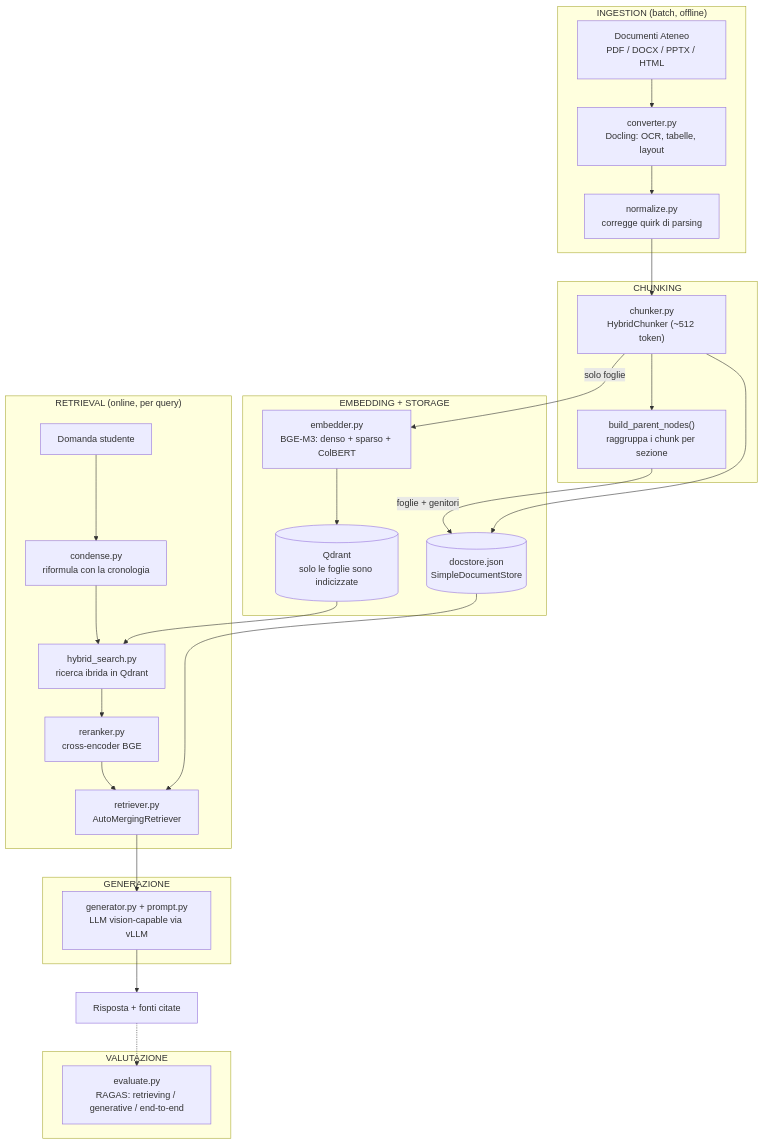
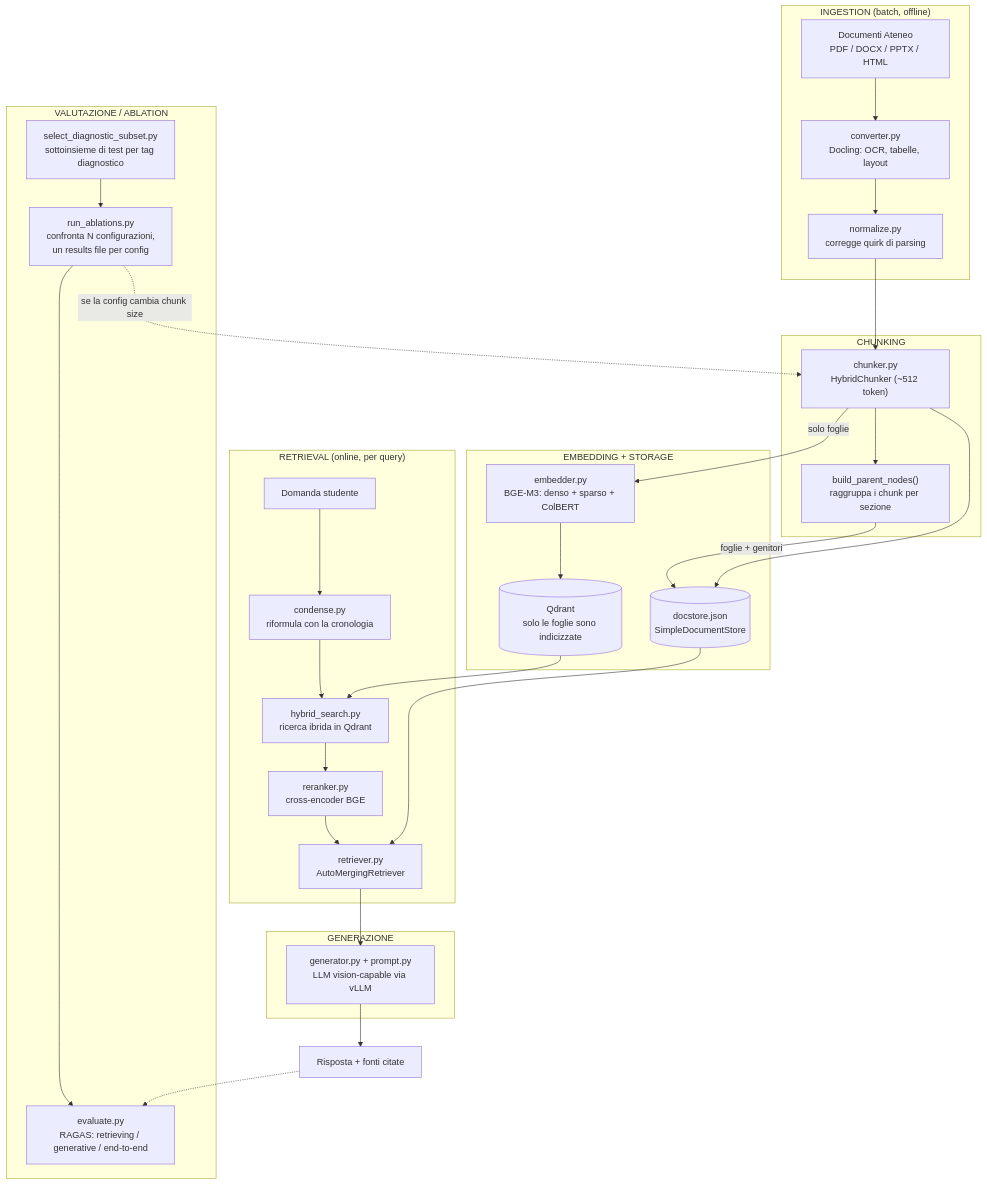
One commit to michelenardini99/rag_unibo changed the diagram in PIPELINE.md. Above: the diagram before and after it, drawn with Mermaid. The commit also changed other lines of this file and 9 other files, not shown here.

````diff
--- a/PIPELINE.md
+++ b/PIPELINE.md
@@ -11,47 +11,52 @@
 ```mermaid
 flowchart TD
     subgraph ING["INGESTION (batch, offline)"]
         A1["Documenti Ateneo\nPDF / DOCX / PPTX / HTML"]
         A2["converter.py\nDocling: OCR, tabelle, layout"]
         A3["normalize.py\ncorregge quirk di parsing"]
         A1 --> A2 --> A3
     end
 
     subgraph CHK["CHUNKING"]
         B1["chunker.py\nHybridChunker (~512 token)"]
         B2["build_parent_nodes()\nraggruppa i chunk per sezione"]
         A3 --> B1 --> B2
     end
 
     subgraph EMB["EMBEDDING + STORAGE"]
         C1["embedder.py\nBGE-M3: denso + sparso + ColBERT"]
         C2[("Qdrant\nsolo le foglie sono indicizzate")]
         B1 -->|solo foglie| C1 --> C2
         B2 -->|foglie + genitori| C3[("docstore.json\nSimpleDocumentStore")]
         B1 --> C3
     end
 
     subgraph RET["RETRIEVAL (online, per query)"]
         D0["Domanda studente"]
         D1["condense.py\nriformula con la cronologia"]
         D2["hybrid_search.py\nricerca ibrida in Qdrant"]
         D3["reranker.py\ncross-encoder BGE"]
         D4["retriever.py\nAutoMergingRetriever"]
         D0 --> D1 --> D2
         C2 --> D2
         D2 --> D3 --> D4
         C3 --> D4
     end
 
     subgraph GEN["GENERAZIONE"]
         E1["generator.py + prompt.py\nLLM vision-capable via vLLM"]
         D4 --> E1
     end
 
     E1 --> OUT["Risposta + fonti citate"]
 
-    subgraph EVAL["VALUTAZIONE"]
+    subgraph EVAL["VALUTAZIONE / ABLATION"]
         F1["evaluate.py\nRAGAS: retrieving / generative / end-to-end"]
+        F2["select_diagnostic_subset.py\nsottoinsieme di test per tag diagnostico"]
+        F3["run_ablations.py\nconfronta N configurazioni,\nun results file per config"]
+        F2 --> F3
+        F3 --> F1
     end
     OUT -.-> F1
+    F3 -.->|se la config cambia chunk size| B1
 ```
````
